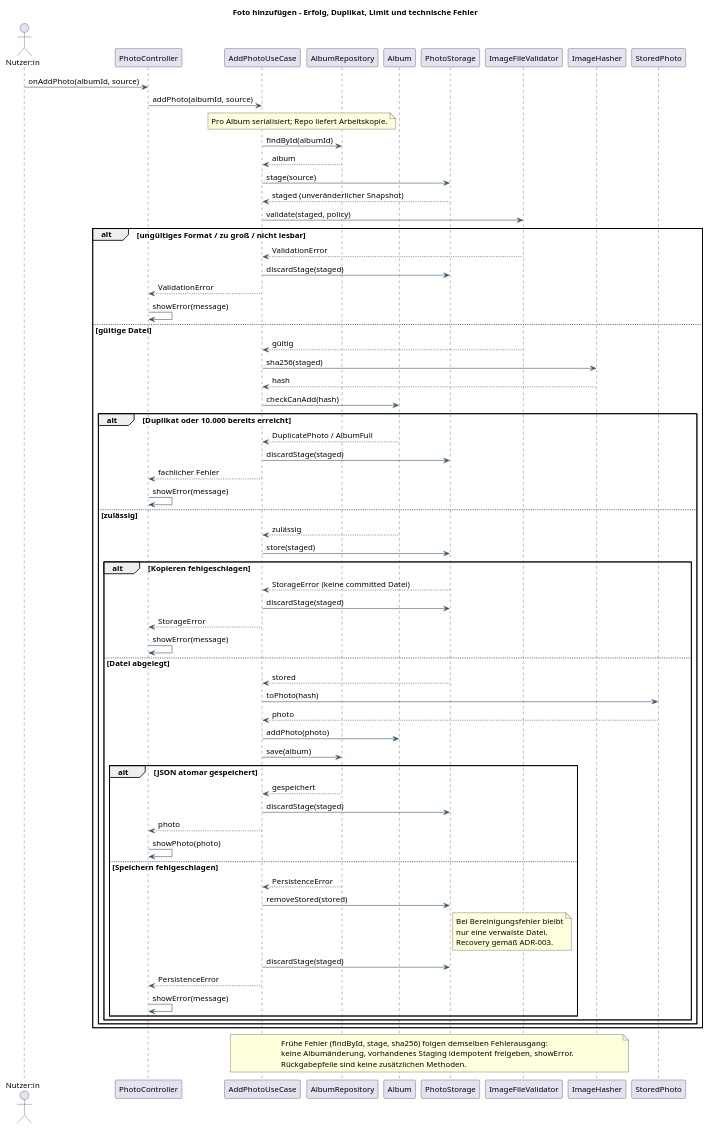
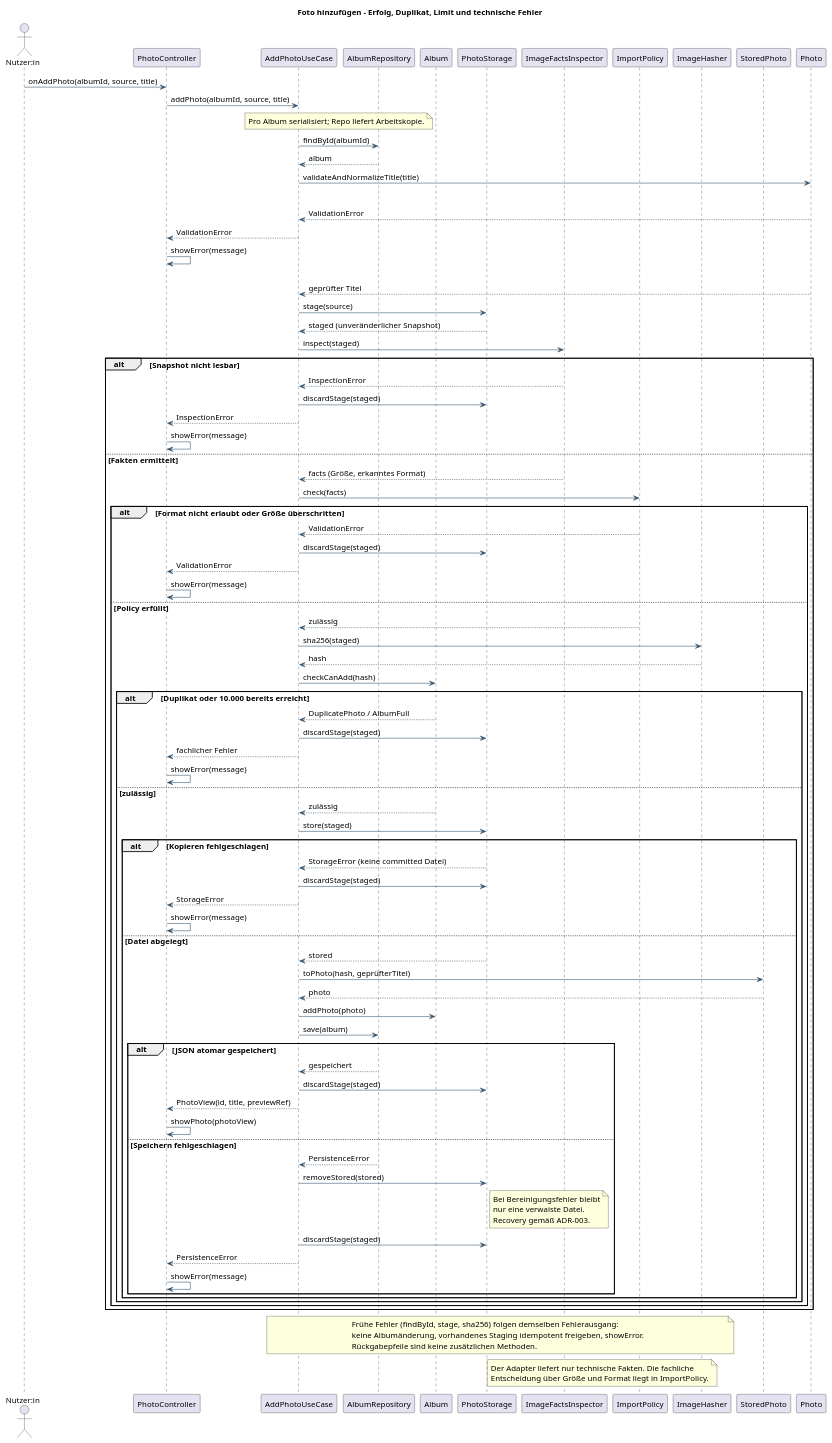
The diagram in docs/design/foto-hinzufuegen.puml (ichessebaeume1/PhotoApp), drawn with PlantUML before and after one commit. The commit also changed 13 other files, not shown here.

```diff
--- a/docs/design/foto-hinzufuegen.puml
+++ b/docs/design/foto-hinzufuegen.puml
@@ -1,83 +1,105 @@
 @startuml
 skinparam backgroundColor white
 skinparam shadowing false
 skinparam defaultFontName SansSerif
 skinparam defaultFontSize 14
 skinparam classAttributeIconSize 0
 skinparam packageStyle rectangle
 skinparam ArrowColor #34536B
 skinparam classBackgroundColor #F1F6FA
 skinparam classBorderColor #34536B
 title Foto hinzufügen – Erfolg, Duplikat, Limit und technische Fehler
 actor "Nutzer:in" as User
 participant PhotoController as UI
 participant AddPhotoUseCase as UC
 participant AlbumRepository as Repo
 participant Album
 participant PhotoStorage as Storage
-participant ImageFileValidator as Validator
+participant ImageFactsInspector as Inspector
+participant ImportPolicy as Policy
 participant ImageHasher as Hasher
 participant StoredPhoto as Stored
-User -> UI : onAddPhoto(albumId, source)
-UI -> UC : addPhoto(albumId, source)
+participant Photo
+User -> UI : onAddPhoto(albumId, source, title)
+UI -> UC : addPhoto(albumId, source, title)
 note over UC,Repo : Pro Album serialisiert; Repo liefert Arbeitskopie.
 UC -> Repo : findById(albumId)
 Repo --> UC : album
+UC -> Photo : validateAndNormalizeTitle(title)
+alt Titel ungültig
+ Photo --> UC : ValidationError
+ UC --> UI : ValidationError
+ UI -> UI : showError(message)
+else Titel gültig
+ Photo --> UC : geprüfter Titel
 UC -> Storage : stage(source)
 Storage --> UC : staged (unveränderlicher Snapshot)
-UC -> Validator : validate(staged, policy)
-alt ungültiges Format / zu groß / nicht lesbar
- Validator --> UC : ValidationError
+UC -> Inspector : inspect(staged)
+alt Snapshot nicht lesbar
+ Inspector --> UC : InspectionError
  UC -> Storage : discardStage(staged)
- UC --> UI : ValidationError
+ UC --> UI : InspectionError
  UI -> UI : showError(message)
-else gültige Datei
- Validator --> UC : gültig
+else Fakten ermittelt
+ Inspector --> UC : facts (Größe, erkanntes Format)
+ UC -> Policy : check(facts)
+ alt Format nicht erlaubt oder Größe überschritten
+  Policy --> UC : ValidationError
+  UC -> Storage : discardStage(staged)
+  UC --> UI : ValidationError
+  UI -> UI : showError(message)
+ else Policy erfüllt
+  Policy --> UC : zulässig
  UC -> Hasher : sha256(staged)
  Hasher --> UC : hash
  UC -> Album : checkCanAdd(hash)
  alt Duplikat oder 10.000 bereits erreicht
   Album --> UC : DuplicatePhoto / AlbumFull
   UC -> Storage : discardStage(staged)
   UC --> UI : fachlicher Fehler
   UI -> UI : showError(message)
  else zulässig
   Album --> UC : zulässig
   UC -> Storage : store(staged)
   alt Kopieren fehlgeschlagen
    Storage --> UC : StorageError (keine committed Datei)
    UC -> Storage : discardStage(staged)
    UC --> UI : StorageError
    UI -> UI : showError(message)
   else Datei abgelegt
    Storage --> UC : stored
-   UC -> Stored : toPhoto(hash)
+   UC -> Stored : toPhoto(hash, geprüfterTitel)
    Stored --> UC : photo
    UC -> Album : addPhoto(photo)
    UC -> Repo : save(album)
    alt JSON atomar gespeichert
     Repo --> UC : gespeichert
     UC -> Storage : discardStage(staged)
-    UC --> UI : photo
-    UI -> UI : showPhoto(photo)
+    UC --> UI : PhotoView(id, title, previewRef)
+    UI -> UI : showPhoto(photoView)
    else Speichern fehlgeschlagen
     Repo --> UC : PersistenceError
     UC -> Storage : removeStored(stored)
     note right of Storage
 Bei Bereinigungsfehler bleibt
 nur eine verwaiste Datei.
 Recovery gemäß ADR-003.
 end note
     UC -> Storage : discardStage(staged)
     UC --> UI : PersistenceError
     UI -> UI : showError(message)
    end
   end
  end
+ end
 end
 note over UC,Hasher
 Frühe Fehler (findById, stage, sha256) folgen demselben Fehlerausgang:
 keine Albumänderung, vorhandenes Staging idempotent freigeben, showError.
 Rückgabepfeile sind keine zusätzlichen Methoden.
 end note
+note over Inspector,Policy
+Der Adapter liefert nur technische Fakten. Die fachliche
+Entscheidung über Größe und Format liegt in ImportPolicy.
+end note
 @enduml
```
